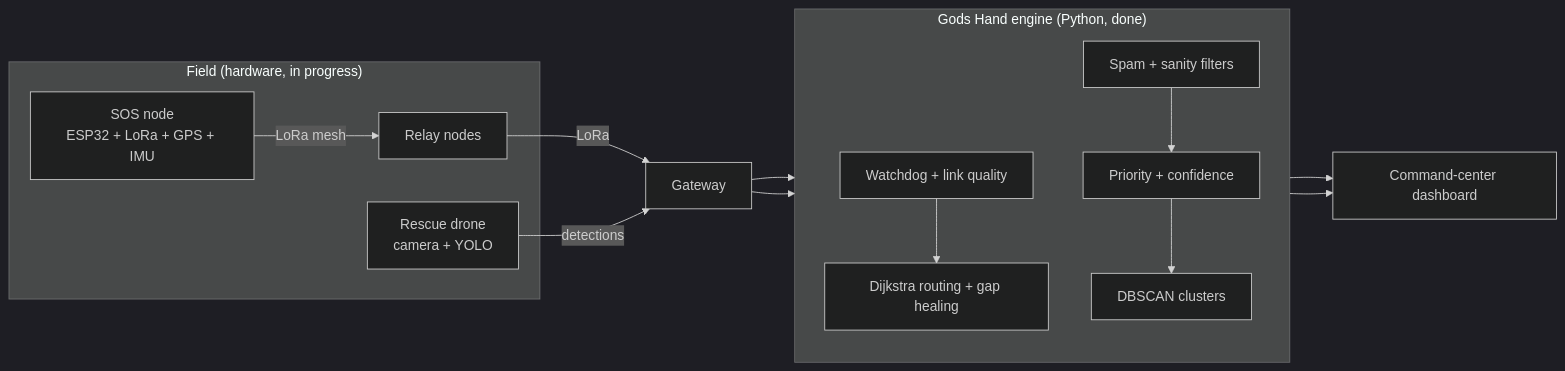
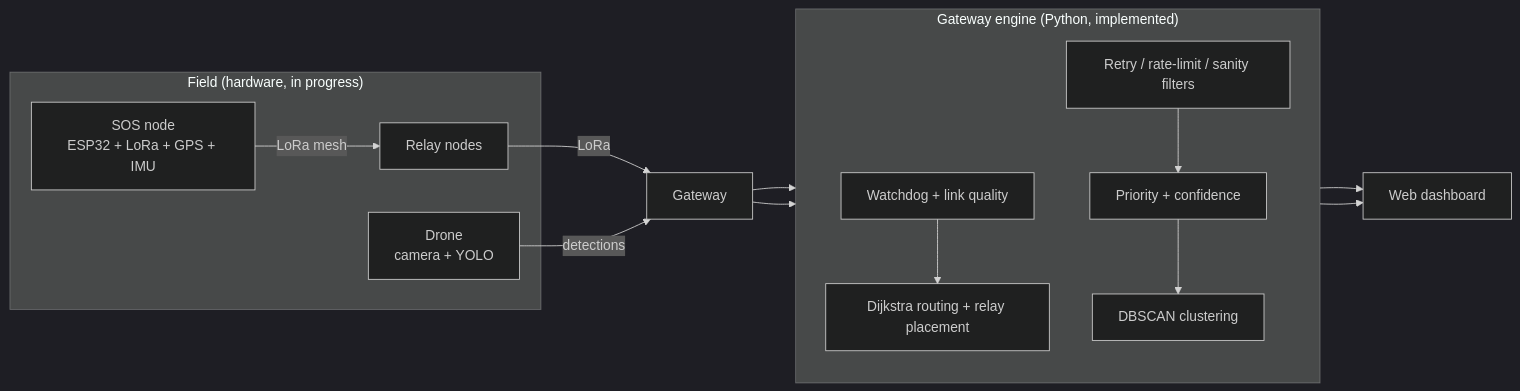
The diagram in README.md (dracsInfi19/Gods-Hand), drawn with Mermaid (dark theme) before and after one commit. The commit also changed other lines of this file and 2 other files, not shown here.

Commit message:
docs: rewrite README and architecture in technical form, rename launcher message

````diff
--- a/README.md
+++ b/README.md
@@ -72,21 +25,21 @@
 ```mermaid
 flowchart LR
     subgraph FIELD["Field (hardware, in progress)"]
         N1["SOS node<br/>ESP32 + LoRa + GPS + IMU"]
         N2["Relay nodes"]
-        DR["Rescue drone<br/>camera + YOLO"]
+        DR["Drone<br/>camera + YOLO"]
     end
     N1 -- "LoRa mesh" --> N2 -- "LoRa" --> GW["Gateway"]
     DR -- "detections" --> GW
 
-    subgraph BRAIN["Gods Hand engine (Python, done)"]
+    subgraph ENGINE["Gateway engine (Python, implemented)"]
         direction TB
-        F["Spam + sanity filters"] --> P["Priority + confidence"]
-        W["Watchdog + link quality"] --> R["Dijkstra routing + gap healing"]
-        P --> C["DBSCAN clusters"]
+        F["Retry / rate-limit / sanity filters"] --> P["Priority + confidence"]
+        W["Watchdog + link quality"] --> R["Dijkstra routing + relay placement"]
+        P --> C["DBSCAN clustering"]
     end
     GW --> F
     GW --> W
-    C --> UI["Command-center dashboard"]
+    C --> UI["Web dashboard"]
     R --> UI
 ```
````
